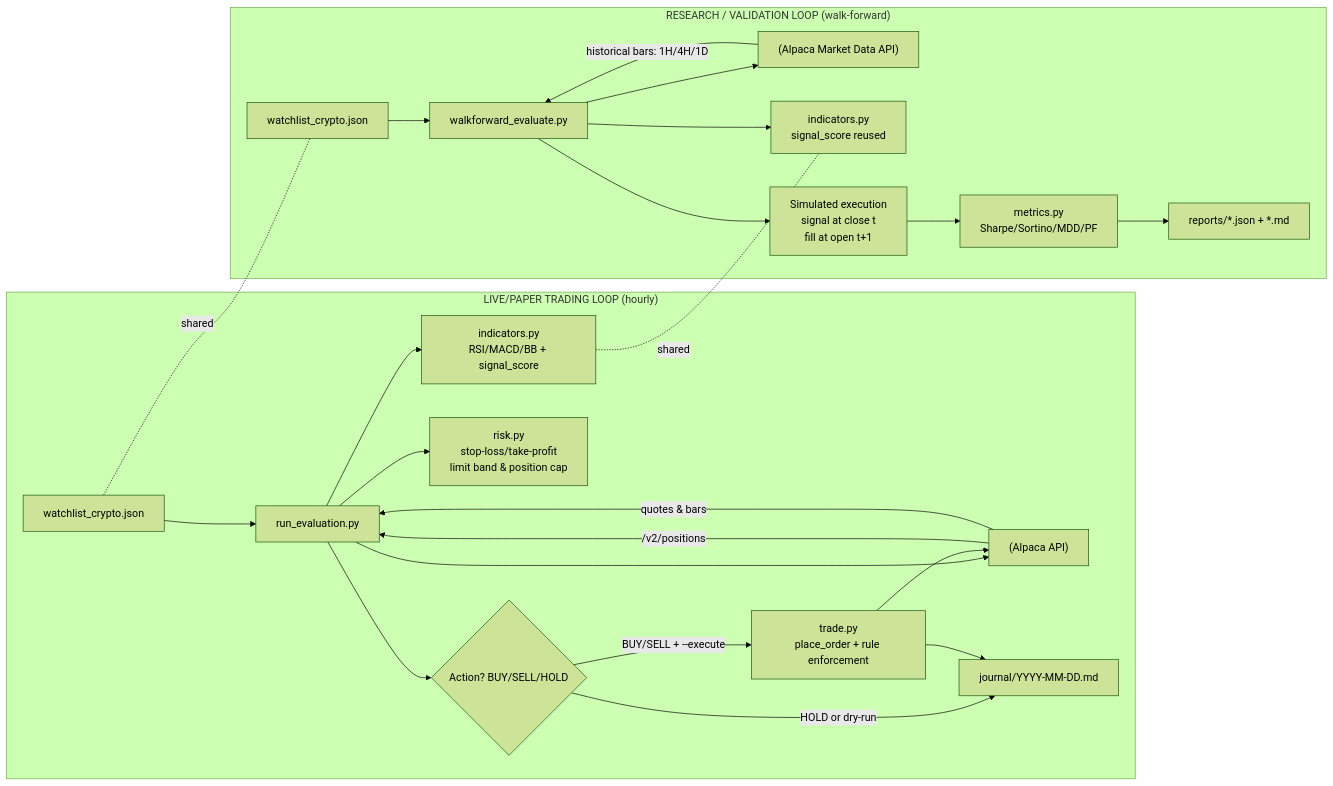
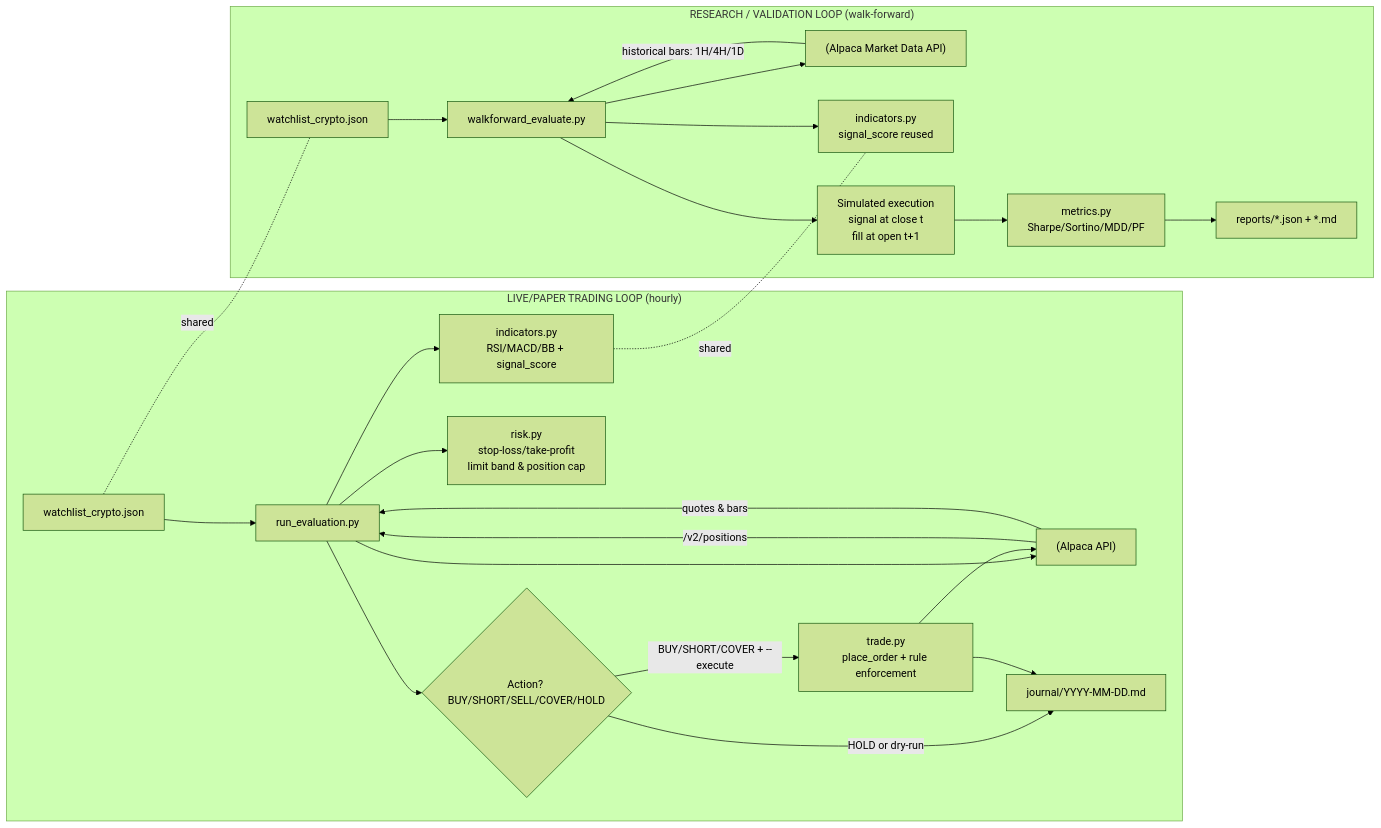
The diagram in README.md (ekuipers/crypto-pro-trading), drawn with Mermaid (forest theme) before and after one commit. The commit also changed other lines of this file and 3 other files, not shown here.

````diff
--- a/README.md
+++ b/README.md
@@ -12,29 +12,29 @@
 ```mermaid
 flowchart LR
   subgraph LIVE["LIVE/PAPER TRADING LOOP (hourly)"]
     A[watchlist_crypto.json] --> B[run_evaluation.py]
     B --> C["(Alpaca API)"]
     C -->|/v2/positions| B
     C -->|quotes & bars| B
     B --> D["indicators.py\nRSI/MACD/BB + signal_score"]
     B --> E["risk.py\nstop-loss/take-profit\nlimit band & position cap"]
-    B --> F{Action? BUY/SELL/HOLD}
-    F -->|BUY/SELL + --execute| G["trade.py\nplace_order + rule enforcement"]
+    B --> F{Action? BUY/SHORT/SELL/COVER/HOLD}
+    F -->|BUY/SHORT/COVER + --execute| G["trade.py\nplace_order + rule enforcement"]
     G --> C
     F -->|HOLD or dry-run| H[journal/YYYY-MM-DD.md]
     G --> H
   end
 
   subgraph RESEARCH["RESEARCH / VALIDATION LOOP (walk-forward)"]
     A2[watchlist_crypto.json] --> I[walkforward_evaluate.py]
     I --> J["(Alpaca Market Data API)"]
     J -->|historical bars: 1H/4H/1D| I
     I --> D2["indicators.py\nsignal_score reused"]
     I --> K["Simulated execution\nsignal at close t\nfill at open t+1"]
     K --> L["metrics.py\nSharpe/Sortino/MDD/PF"]
     L --> M[reports/*.json + *.md]
   end
 
   D -. shared .- D2
   A -. shared .- A2
 ```
````
